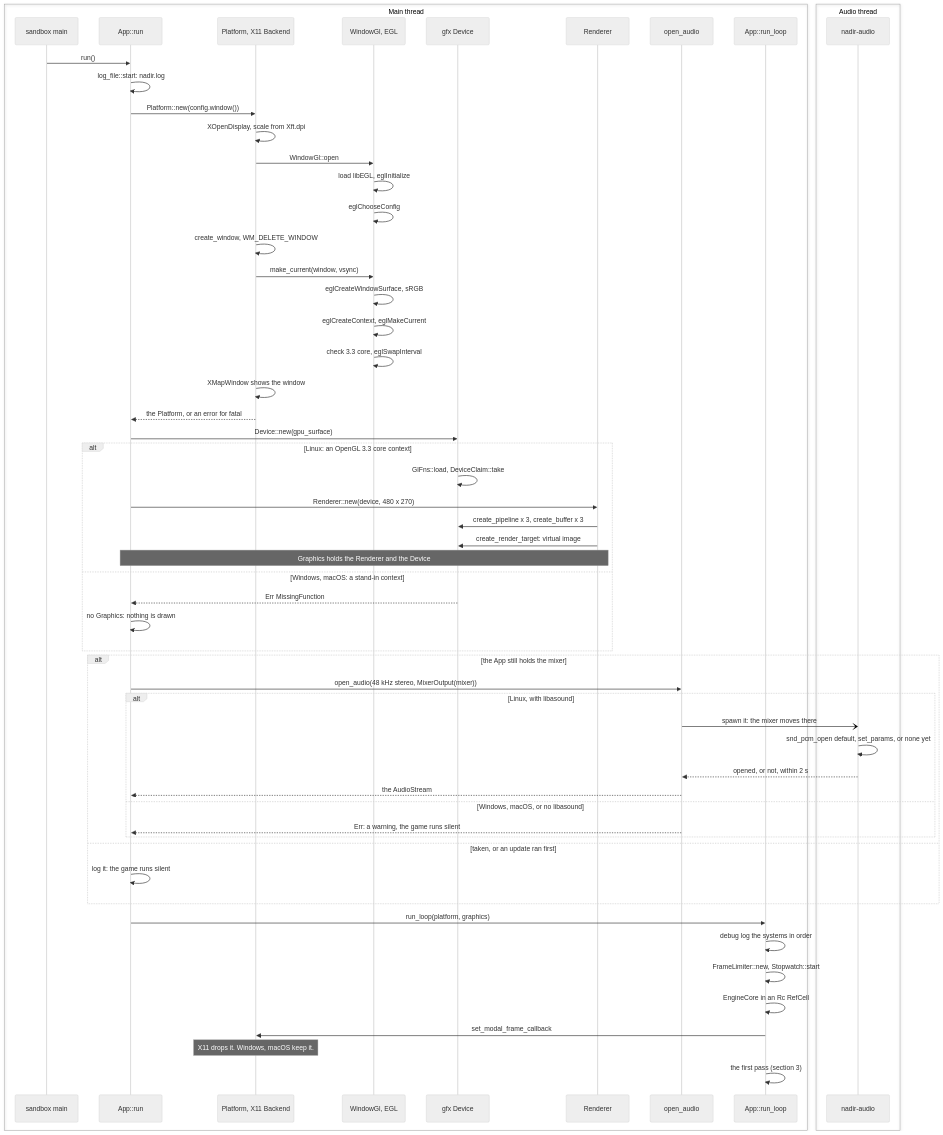
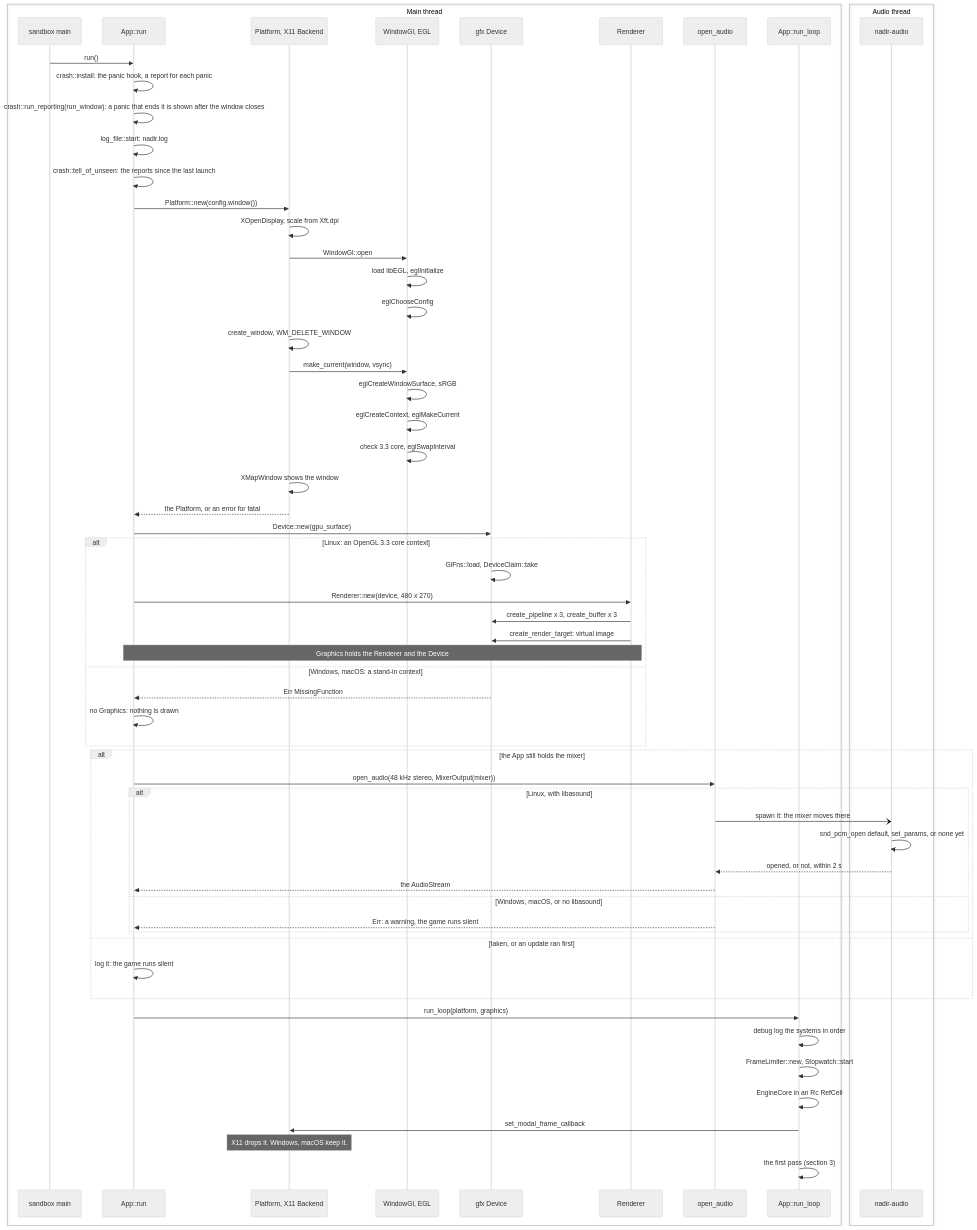
Before and after one commit to jabbott-iii/Nadir: the second of 12 diagrams in diagrams/game-loop-sequence.md, drawn with Mermaid (neutral theme). The commit also changed other lines of this file and 38 other files, not shown here.

````diff
--- a/diagrams/game-loop-sequence.md
+++ b/diagrams/game-loop-sequence.md
@@ -104,62 +104,65 @@
 ```mermaid
 sequenceDiagram
     box Main thread
         participant Main as sandbox main
         participant Run as App::run
         participant Plat as Platform, X11 Backend
         participant Egl as WindowGl, EGL
         participant Dev as gfx Device
         participant Rend as Renderer
         participant Out as open_audio
         participant RL as App::run_loop
     end
     box Audio thread
         participant Thr as nadir-audio
     end
 
     Main->>Run: run()
+    Run->>Run: crash::install: the panic hook, a report for each panic
+    Run->>Run: crash::run_reporting(run_window): a panic that ends it is shown after the window closes
     Run->>Run: log_file::start: nadir.log
+    Run->>Run: crash::tell_of_unseen: the reports since the last launch
     Run->>Plat: Platform::new(config.window())
     Plat->>Plat: XOpenDisplay, scale from Xft.dpi
     Plat->>Egl: WindowGl::open
     Egl->>Egl: load libEGL, eglInitialize
     Egl->>Egl: eglChooseConfig
     Plat->>Plat: create_window, WM_DELETE_WINDOW
     Plat->>Egl: make_current(window, vsync)
     Egl->>Egl: eglCreateWindowSurface, sRGB
     Egl->>Egl: eglCreateContext, eglMakeCurrent
     Egl->>Egl: check 3.3 core, eglSwapInterval
     Plat->>Plat: XMapWindow shows the window
     Plat-->>Run: the Platform, or an error for fatal
     Run->>Dev: Device::new(gpu_surface)
     alt Linux: an OpenGL 3.3 core context
         Dev->>Dev: GlFns::load, DeviceClaim::take
         Run->>Rend: Renderer::new(device, 480 x 270)
         Rend->>Dev: create_pipeline x 3, create_buffer x 3
         Rend->>Dev: create_render_target: virtual image
         Note over Run,Rend: Graphics holds the Renderer and the Device
     else Windows, macOS: a stand-in context
         Dev-->>Run: Err MissingFunction
         Run->>Run: no Graphics: nothing is drawn
     end
     alt the App still holds the mixer
         Run->>Out: open_audio(48 kHz stereo, MixerOutput(mixer))
         alt Linux, with libasound
             Out-)Thr: spawn it: the mixer moves there
             Thr->>Thr: snd_pcm_open default, set_params, or none yet
             Thr-->>Out: opened, or not, within 2 s
             Out-->>Run: the AudioStream
         else Windows, macOS, or no libasound
             Out-->>Run: Err: a warning, the game runs silent
         end
     else taken, or an update ran first
         Run->>Run: log it: the game runs silent
     end
     Run->>RL: run_loop(platform, graphics)
     RL->>RL: debug log the systems in order
     RL->>RL: FrameLimiter::new, Stopwatch::start
     RL->>RL: EngineCore in an Rc RefCell
     RL->>Plat: set_modal_frame_callback
     Note over Plat: X11 drops it. Windows, macOS keep it.
     RL->>RL: the first pass (section 3)
 ```
````
